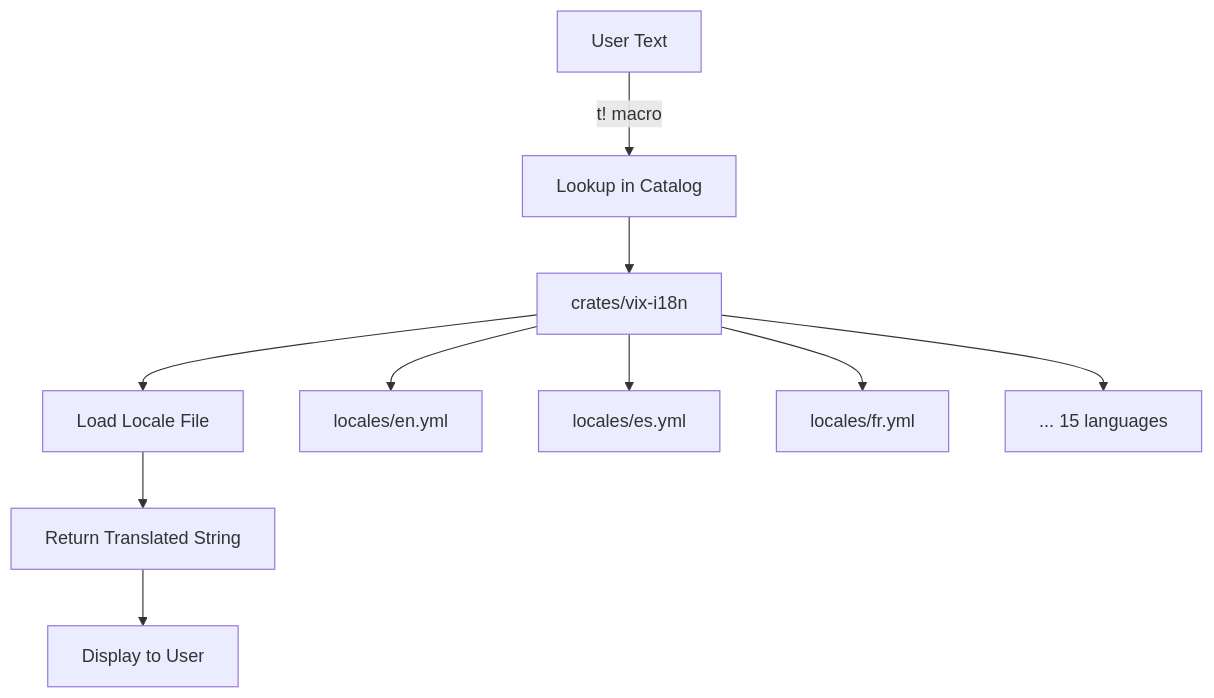
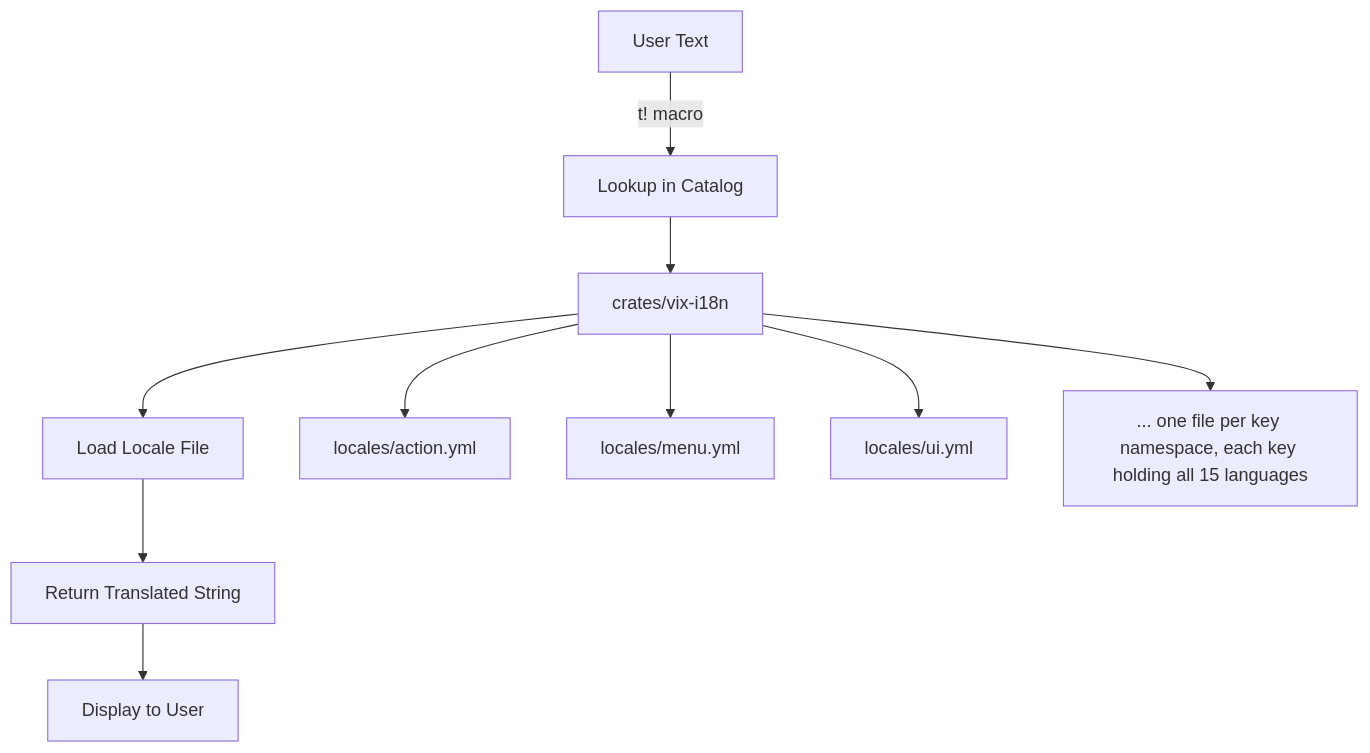
The ninth of 18 diagrams in docs/architecture/index.md (vixide/vix), drawn with Mermaid before and after one commit. The commit also changed other lines of this file and 10 other files, not shown here.

````diff
--- a/docs/architecture/index.md
+++ b/docs/architecture/index.md
@@ -441,13 +520,13 @@
 ```mermaid
 flowchart TD
     A[User Text] -->|t! macro| B[Lookup in Catalog]
     B --> C[crates/vix-i18n]
     C --> D[Load Locale File]
     D --> E[Return Translated String]
     E --> F[Display to User]
     
-    C --> G[locales/en.yml]
-    C --> H[locales/es.yml]
-    C --> I[locales/fr.yml]
-    C --> J[... 15 languages]
+    C --> G[locales/action.yml]
+    C --> H[locales/menu.yml]
+    C --> I[locales/ui.yml]
+    C --> J[... one file per key namespace, each key holding all 15 languages]
 ```
````
